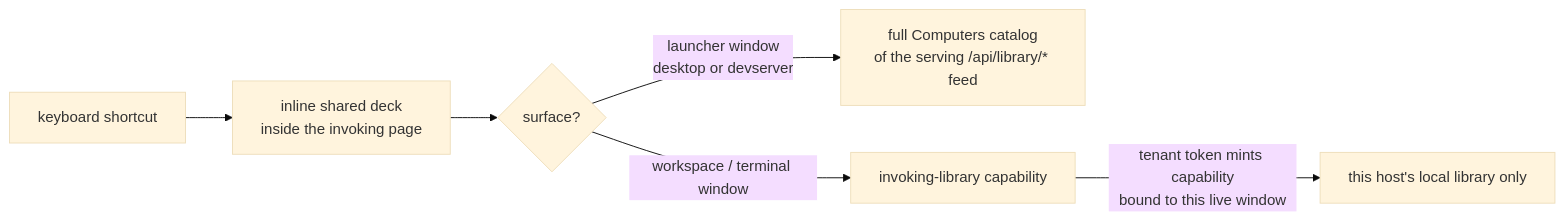
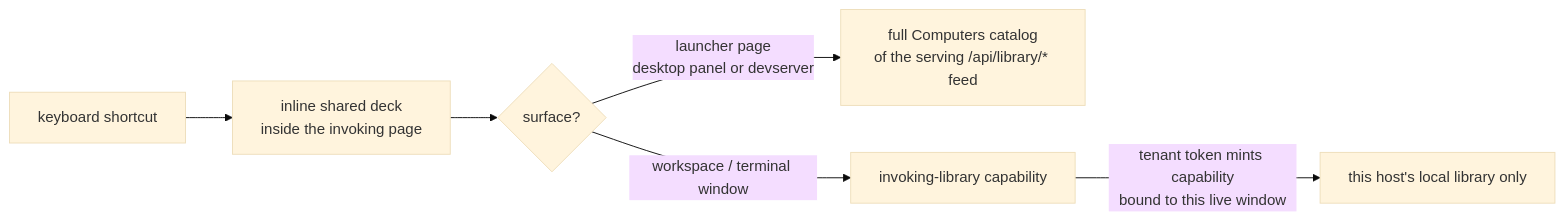
The second of 3 diagrams in web/packages/launcher/design.md (fiorix/chan), drawn with Mermaid (base theme) before and after one commit. The commit also changed other lines of this file and 35 other files, not shown here.

````diff
--- a/web/packages/launcher/design.md
+++ b/web/packages/launcher/design.md
@@ -72,8 +72,8 @@
 ```mermaid
 flowchart LR
     KEY["keyboard shortcut"] --> DECK["inline shared deck<br/>inside the invoking page"]
     DECK --> HOST{"surface?"}
-    HOST -->|"launcher window<br/>desktop or devserver"| AGG["full Computers catalog<br/>of the serving /api/library/* feed"]
+    HOST -->|"launcher page<br/>desktop panel or devserver"| AGG["full Computers catalog<br/>of the serving /api/library/* feed"]
     HOST -->|"workspace / terminal window"| INLINE["invoking-library capability"]
     INLINE -->|"tenant token mints capability<br/>bound to this live window"| LOCAL["this host's local library only"]
 ```
````
